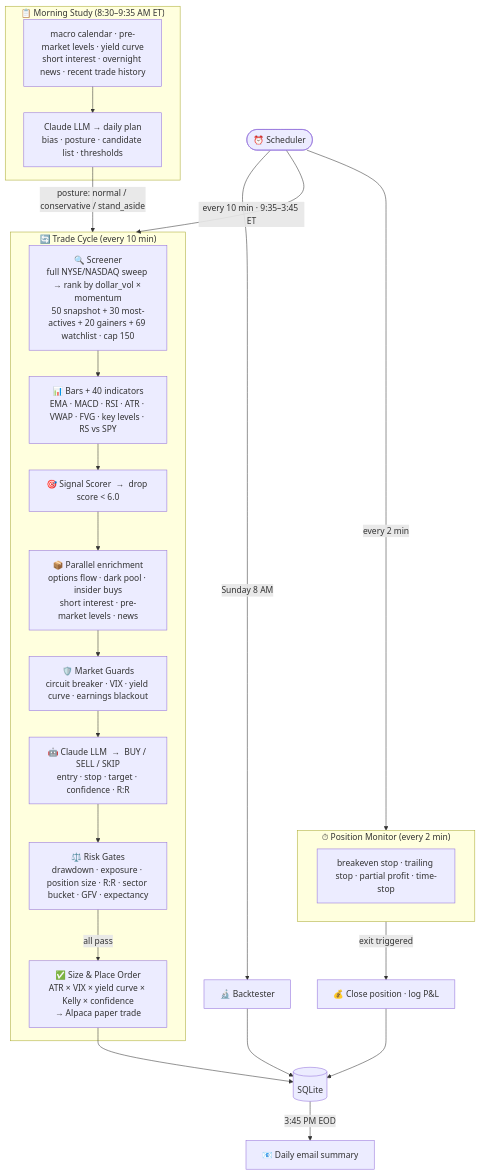
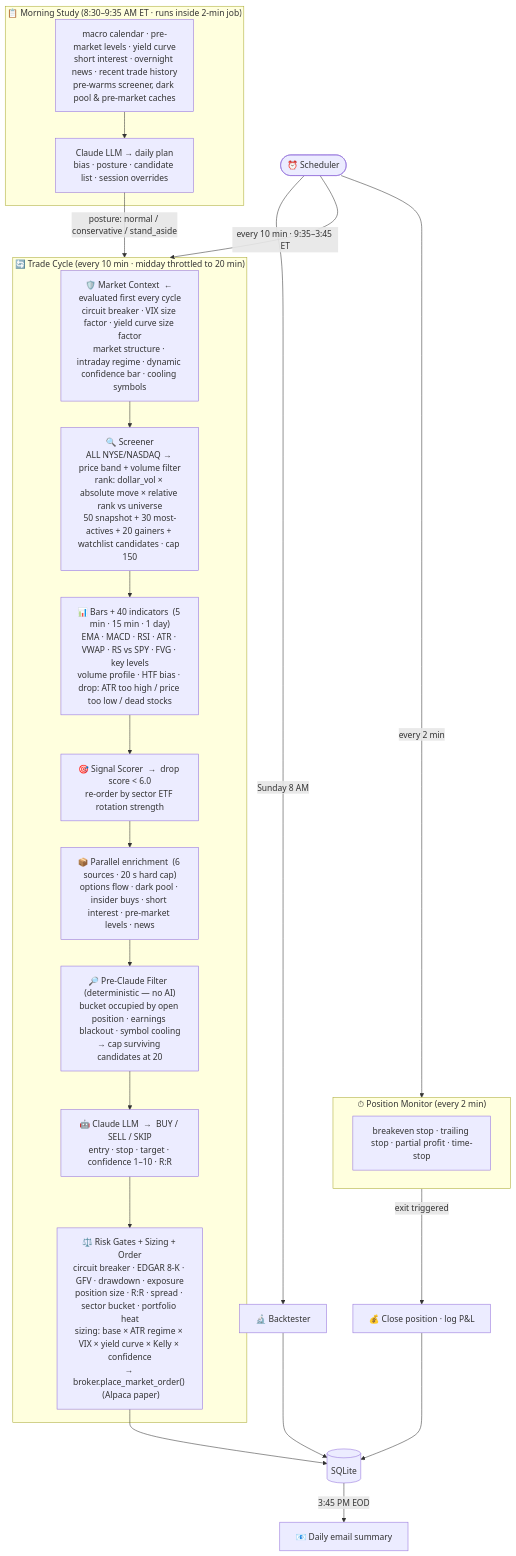
The diagram in architecture.md (gili2205/tradingbot), drawn with Mermaid before and after one commit. The commit also changed 4 other files, not shown here.

Commit message:
architecture

````diff
--- a/architecture.md
+++ b/architecture.md
@@ -3,37 +3,37 @@
 ```mermaid
 flowchart TD
     SCHED(["⏰ Scheduler"])
     SCHED -->|"every 10 min · 9:35–3:45 ET"| CYCLE
     SCHED -->|"every 2 min"| POSMGMT
     SCHED -->|"Sunday 8 AM"| BACKTEST["🔬 Backtester"]
 
-    subgraph MORNING ["📋 Morning Study  (8:30–9:35 AM ET)"]
-        MS_IN["macro calendar · pre-market levels · yield curve\nshort interest · overnight news · recent trade history"]
-        ANALYST["Claude LLM → daily plan\nbias · posture · candidate list · thresholds"]
+    subgraph MORNING ["📋 Morning Study  (8:30–9:35 AM ET · runs inside 2-min job)"]
+        MS_IN["macro calendar · pre-market levels · yield curve\nshort interest · overnight news · recent trade history\npre-warms screener, dark pool & pre-market caches"]
+        ANALYST["Claude LLM → daily plan\nbias · posture · candidate list · session overrides"]
         MS_IN --> ANALYST
     end
 
     ANALYST -->|"posture: normal / conservative / stand_aside"| CYCLE
 
-    subgraph CYCLE ["🔄 Trade Cycle  (every 10 min)"]
-        SCREEN["🔍 Screener\nfull NYSE/NASDAQ sweep → rank by dollar_vol × momentum\n50 snapshot + 30 most-actives + 20 gainers + 69 watchlist · cap 150"]
-        SCREEN --> SCAN["📊 Bars + 40 indicators\nEMA · MACD · RSI · ATR · VWAP · FVG · key levels · RS vs SPY"]
-        SCAN --> SCORER["🎯 Signal Scorer  →  drop score < 6.0"]
-        SCORER --> ENRICH["📦 Parallel enrichment\noptions flow · dark pool · insider buys\nshort interest · pre-market levels · news"]
-        ENRICH --> GUARD["🛡️ Market Guards\ncircuit breaker · VIX · yield curve · earnings blackout"]
-        GUARD --> AGENT["🤖 Claude LLM  →  BUY / SELL / SKIP\nentry · stop · target · confidence · R:R"]
-        AGENT --> RISK["⚖️ Risk Gates\ndrawdown · exposure · position size · R:R · sector bucket · GFV · expectancy"]
-        RISK -->|"all pass"| EXEC["✅ Size & Place Order\nATR × VIX × yield curve × Kelly × confidence\n→ Alpaca paper trade"]
+    subgraph CYCLE ["🔄 Trade Cycle  (every 10 min · midday throttled to 20 min)"]
+        GUARD["🛡️ Market Context  ← evaluated first every cycle\ncircuit breaker · VIX size factor · yield curve size factor\nmarket structure · intraday regime · dynamic confidence bar · cooling symbols"]
+        GUARD --> SCREEN["🔍 Screener\nALL NYSE/NASDAQ → price band + volume filter\nrank: dollar_vol × absolute move × relative rank vs universe\n50 snapshot + 30 most-actives + 20 gainers + watchlist candidates · cap 150"]
+        SCREEN --> SCAN["📊 Bars + 40 indicators  (5 min · 15 min · 1 day)\nEMA · MACD · RSI · ATR · VWAP · RS vs SPY · FVG · key levels\nvolume profile · HTF bias · drop: ATR too high / price too low / dead stocks"]
+        SCAN --> SCORER["🎯 Signal Scorer  →  drop score < 6.0\nre-order by sector ETF rotation strength"]
+        SCORER --> ENRICH["📦 Parallel enrichment  (6 sources · 20 s hard cap)\noptions flow · dark pool · insider buys · short interest · pre-market levels · news"]
+        ENRICH --> PREFILTER["🔎 Pre-Claude Filter  (deterministic — no AI)\nbucket occupied by open position · earnings blackout · symbol cooling\n→ cap surviving candidates at 20"]
+        PREFILTER --> AGENT["🤖 Claude LLM  →  BUY / SELL / SKIP\nentry · stop · target · confidence 1–10 · R:R"]
+        AGENT --> EXEC["⚖️ Risk Gates + Sizing + Order\ncircuit breaker · EDGAR 8-K · GFV · drawdown · exposure\nposition size · R:R · spread · sector bucket · portfolio heat\nsizing: base × ATR regime × VIX × yield curve × Kelly × confidence\n→ broker.place_market_order()  (Alpaca paper)"]
     end
 
     EXEC --> DB[("SQLite")]
 
     subgraph POSMGMT ["⏱ Position Monitor  (every 2 min)"]
         PM["breakeven stop · trailing stop · partial profit · time-stop"]
     end
     POSMGMT -->|"exit triggered"| CLOSE["💰 Close position · log P&L"]
     CLOSE --> DB
 
     DB -->|"3:45 PM EOD"| EOD["📧 Daily email summary"]
     BACKTEST --> DB
 ```
````
